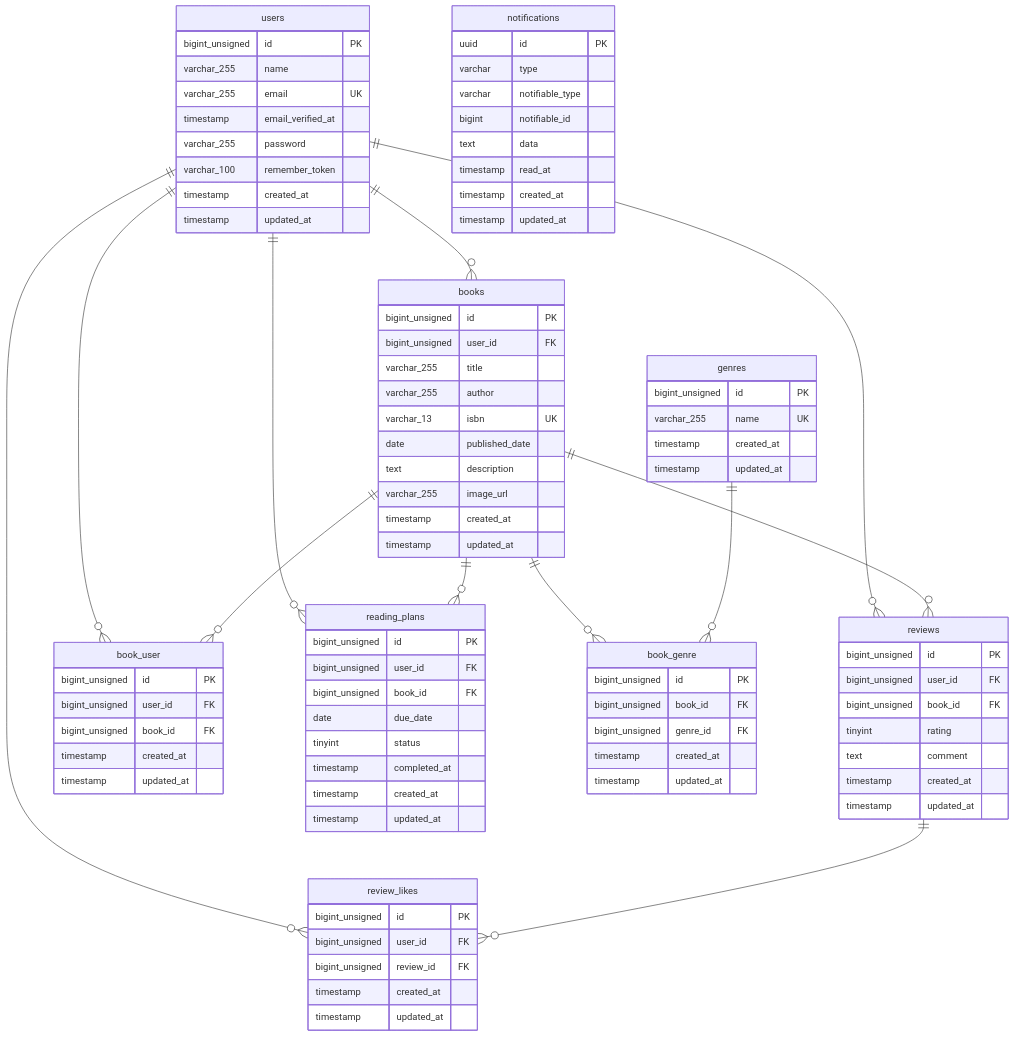
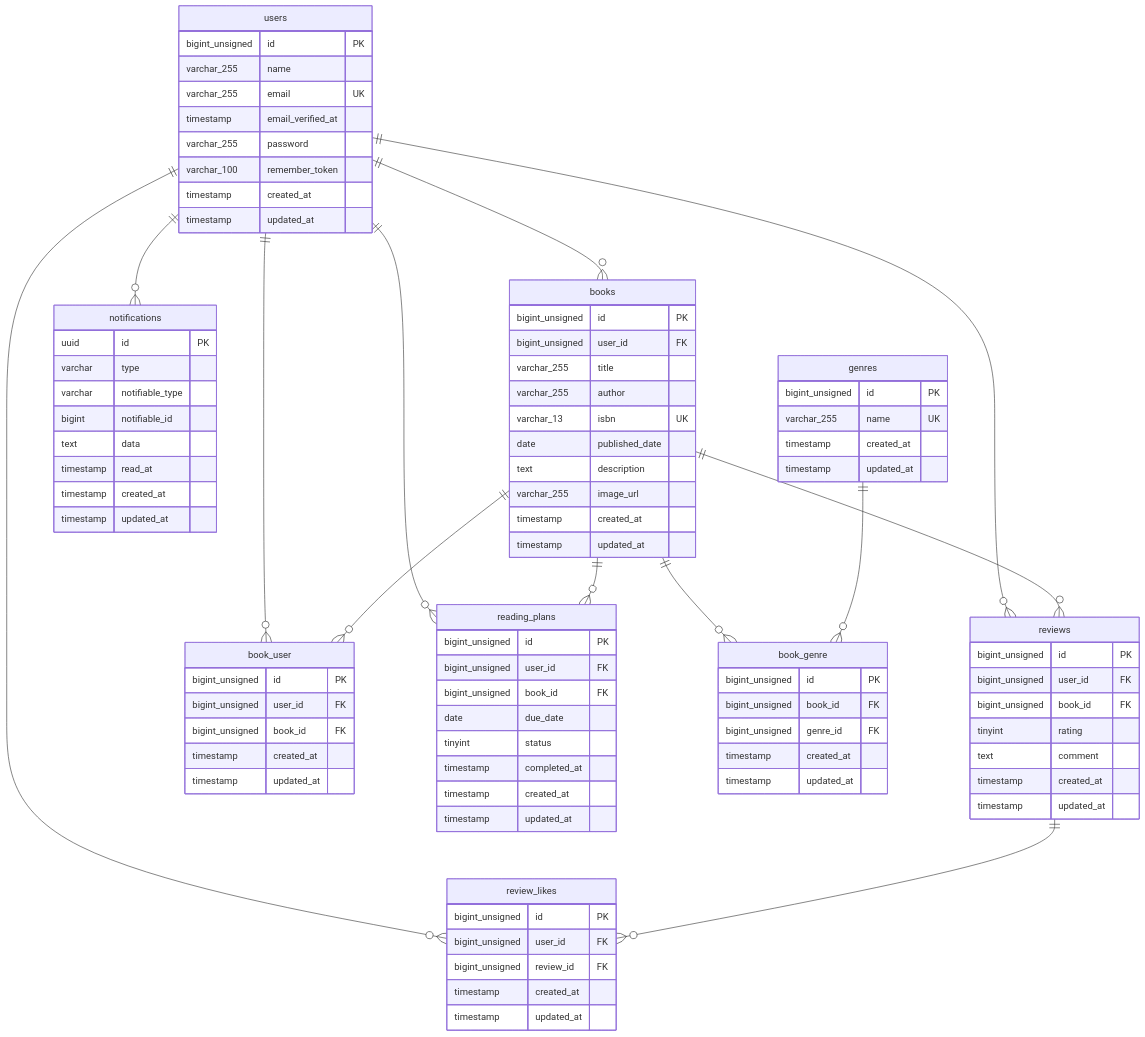
The diagram in README.md (kino-mari/bookshelf-app), drawn with Mermaid before and after one commit. The commit also changed other lines of this file, not shown here.

```diff
--- a/README.md
+++ b/README.md
@@ -60,6 +60,7 @@
     users ||--o{ book_user : ""
     users ||--o{ review_likes : ""
     users ||--o{ reading_plans : ""
+    users ||--o{ notifications : ""
 
     books ||--o{ reviews : ""
     books ||--o{ book_genre : ""
```
